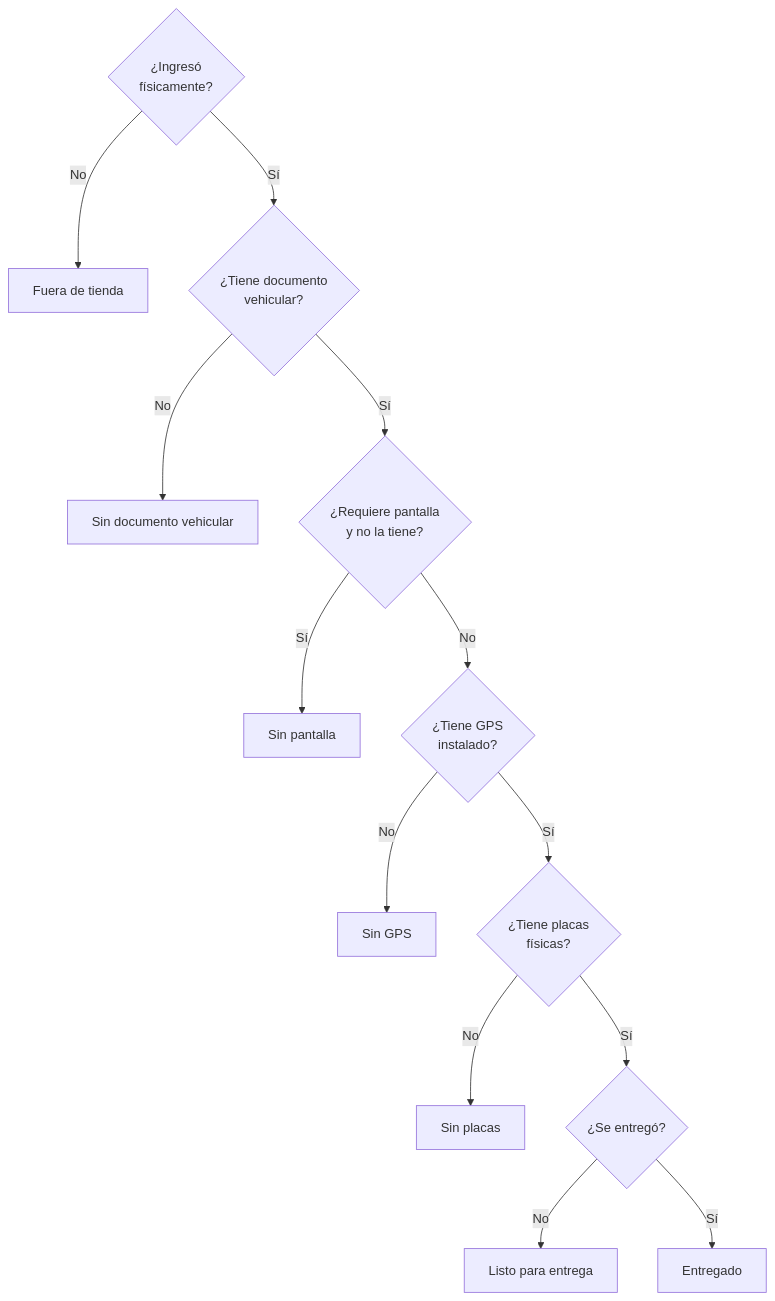
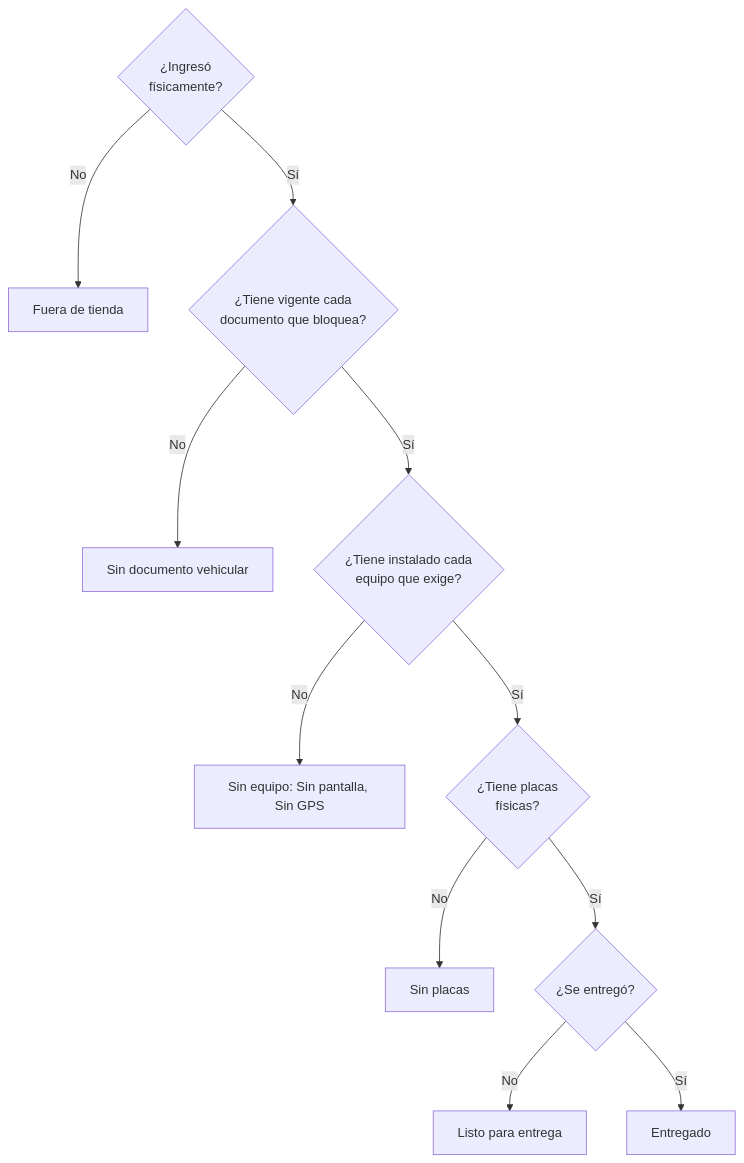
Before and after one commit to erp-millennium-mobility-sac/erp-millennium-mobility-documentation: the first of 2 diagrams in procesos-y-pantallas-millennium-mobility.md, drawn with Mermaid. The commit also changed other lines of this file, not shown here.

````diff
--- a/procesos-y-pantallas-millennium-mobility.md
+++ b/procesos-y-pantallas-millennium-mobility.md
@@ -155,15 +155,13 @@
 ```mermaid
 flowchart TD
   A{¿Ingresó<br/>físicamente?} -->|No| A1[Fuera de tienda]
-  A -->|Sí| B{¿Tiene documento<br/>vehicular?}
+  A -->|Sí| B{¿Tiene vigente cada<br/>documento que bloquea?}
   B -->|No| B1[Sin documento vehicular]
-  B -->|Sí| C{¿Requiere pantalla<br/>y no la tiene?}
-  C -->|Sí| C1[Sin pantalla]
-  C -->|No| D{¿Tiene GPS<br/>instalado?}
-  D -->|No| D1[Sin GPS]
-  D -->|Sí| E{¿Tiene placas<br/>físicas?}
+  B -->|Sí| C{¿Tiene instalado cada<br/>equipo que exige?}
+  C -->|No| C1[Sin equipo: Sin pantalla, Sin GPS]
+  C -->|Sí| E{¿Tiene placas<br/>físicas?}
   E -->|No| E1[Sin placas]
   E -->|Sí| F{¿Se entregó?}
   F -->|No| F1[Listo para entrega]
   F -->|Sí| F2[Entregado]
 ```
````
